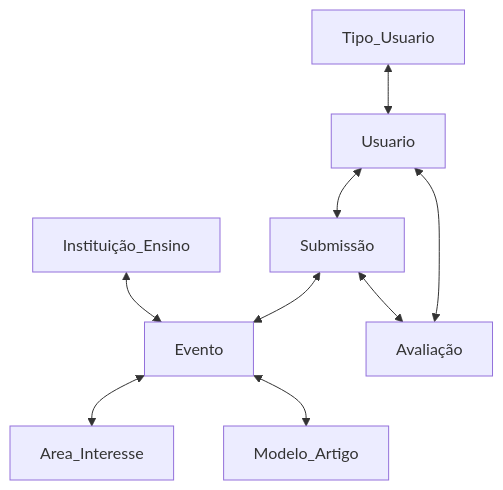
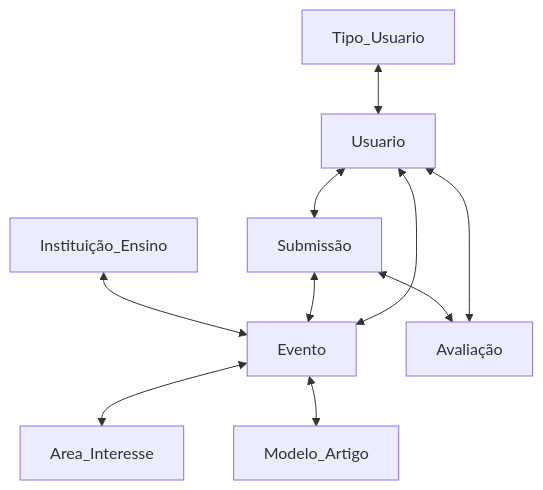
One commit to vanessacezarn/3_Semestre changed the diagram in Projeto de Banco de Dados/aula_05 24_03.md. Above: the diagram before and after it, drawn with Mermaid.

Commit message:
Update aula_05 24_03.md

````diff
--- a/Projeto de Banco de Dados/aula_05 24_03.md
+++ b/Projeto de Banco de Dados/aula_05 24_03.md
@@ -45,12 +45,13 @@
 ```mermaid
 graph TD;
     Instituição_Ensino<-->Evento;
     Evento <--> Area_Interesse;
     Evento <--> Modelo_Artigo;
     Tipo_Usuario <--> Usuario;
     Usuario <--> Submissão;
     Submissão <--> Evento;
     Submissão <--> Avaliação
     Avaliação <--> Usuario;
+    Usuario <--> Evento
     
 ```
````
